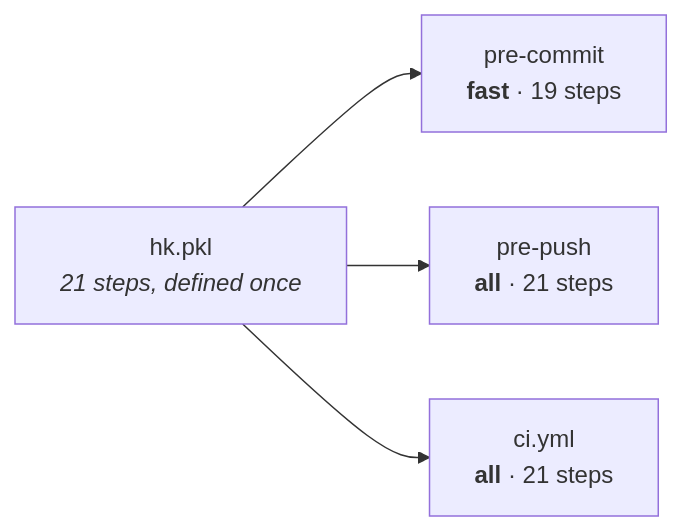
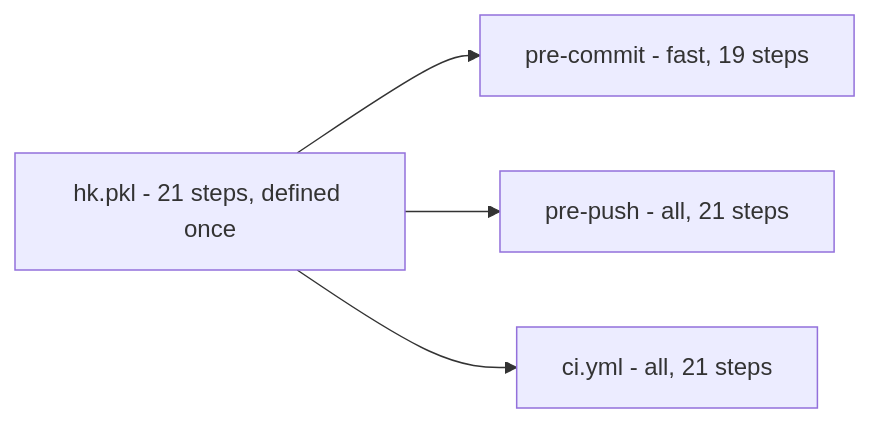
The first of 4 diagrams in INTEGRATION.md (pr0d1r2/microlith), drawn with Mermaid before and after one commit. The commit also changed other lines of this file, not shown here.

First line of the commit message:
docs(integration): mermaid that renders on GitLab too, not only GitHub

````diff
--- a/INTEGRATION.md
+++ b/INTEGRATION.md
@@ -15,11 +15,10 @@
 ```mermaid
-flowchart LR
-    HK["hk.pkl<br/><i>21 steps, defined once</i>"]
-    PC["pre-commit<br/><b>fast</b> · 19 steps"]
-    PP["pre-push<br/><b>all</b> · 21 steps"]
-    CI["ci.yml<br/><b>all</b> · 21 steps"]
-
+graph LR
+    HK["hk.pkl - 21 steps, defined once"]
+    PC["pre-commit - fast, 19 steps"]
+    PP["pre-push - all, 21 steps"]
+    CI["ci.yml - all, 21 steps"]
     HK --> PC
     HK --> PP
     HK --> CI
 ```
````
